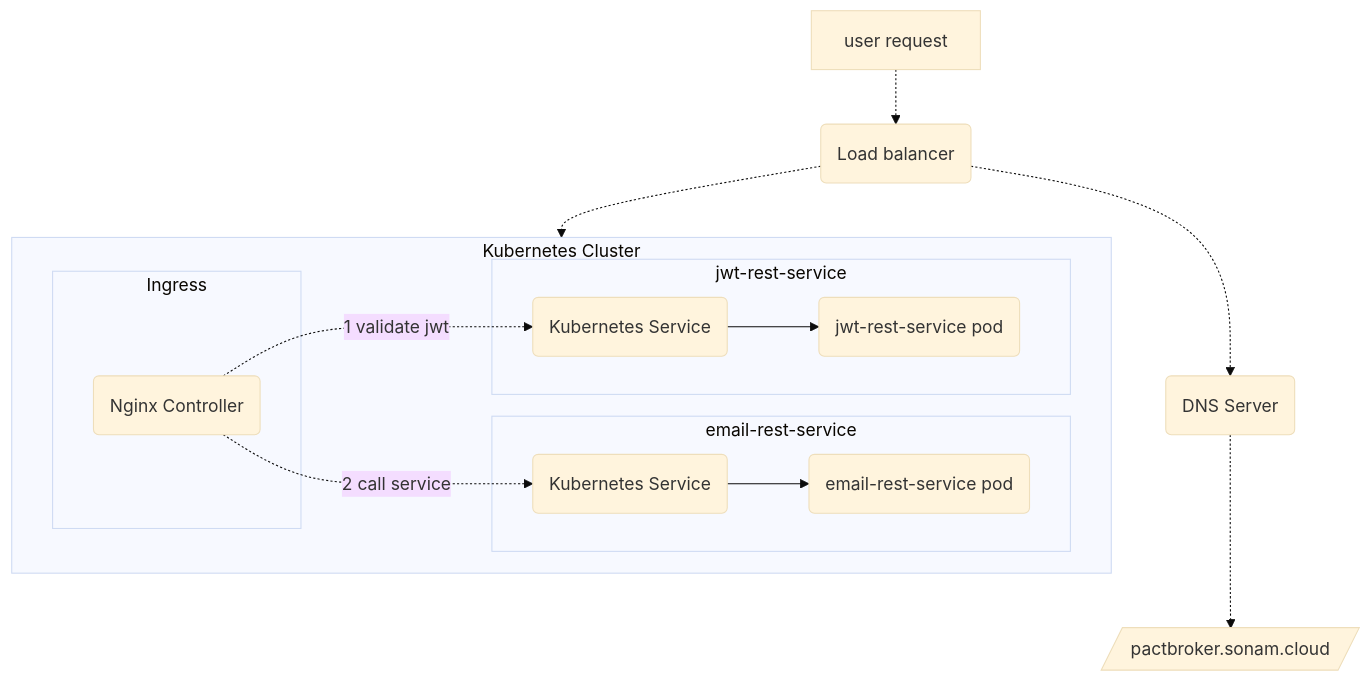
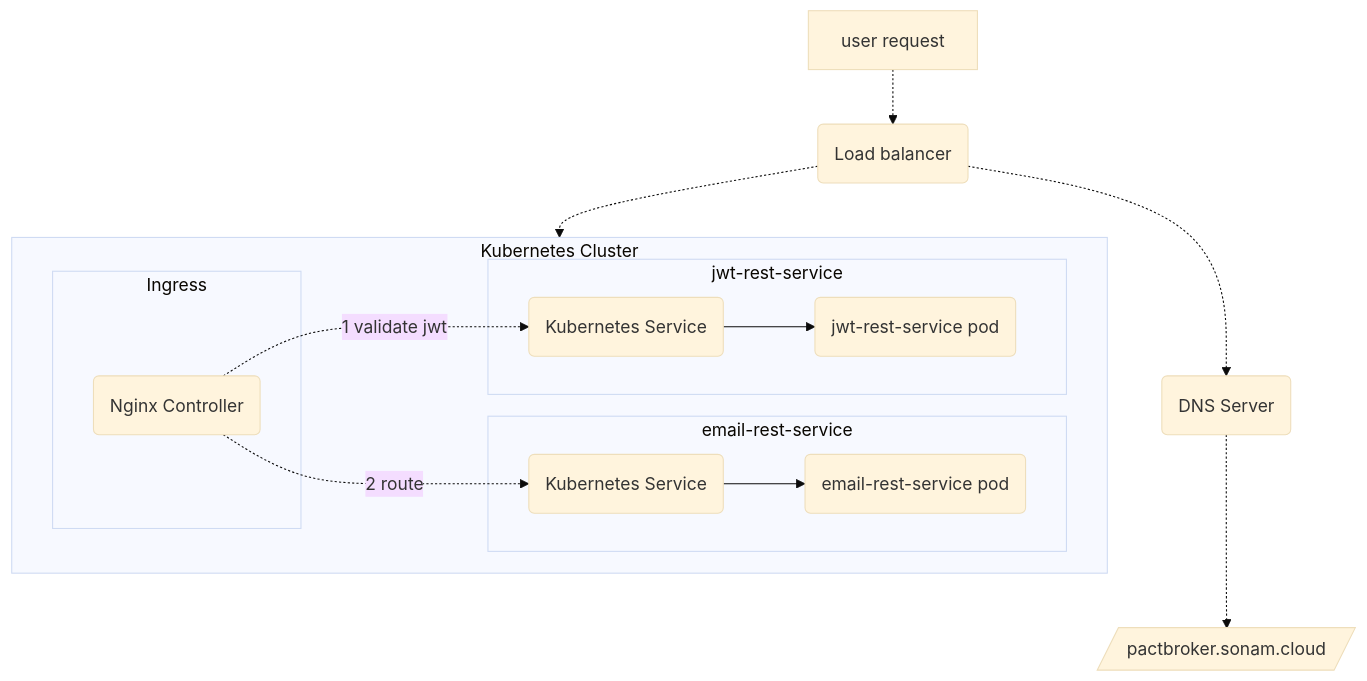
The first of 4 diagrams in README.md (sonamsamdupkhangsar/sonamsamdupkhangsar.github.io), drawn with Mermaid (base theme) before and after one commit.

Commit message:
add jwt-rest-service

````diff
--- a/README.md
+++ b/README.md
@@ -12,23 +12,23 @@
 ```mermaid
 flowchart TD
     A[user request] -.-> B(Load balancer)
     B -.-> C(DNS Server)
     C -.-> D[/pactbroker.sonam.cloud/]
     subgraph k8[Kubernetes Cluster]
     subgraph ingress[Ingress]
     F(Nginx Controller)
     end
     subgraph app[email-rest-service]
     G(Kubernetes Service)
     G --> H(email-rest-service pod)
     end    
     subgraph jwt[jwt-rest-service]
     I(Kubernetes Service)
     I --> J(jwt-rest-service pod)
     end    
     end
-    F -. 2 call service .-> G
+    F -. 2 route .-> G
     F -. 1 validate jwt .-> I
     B -.-> k8
     
 ```
````
